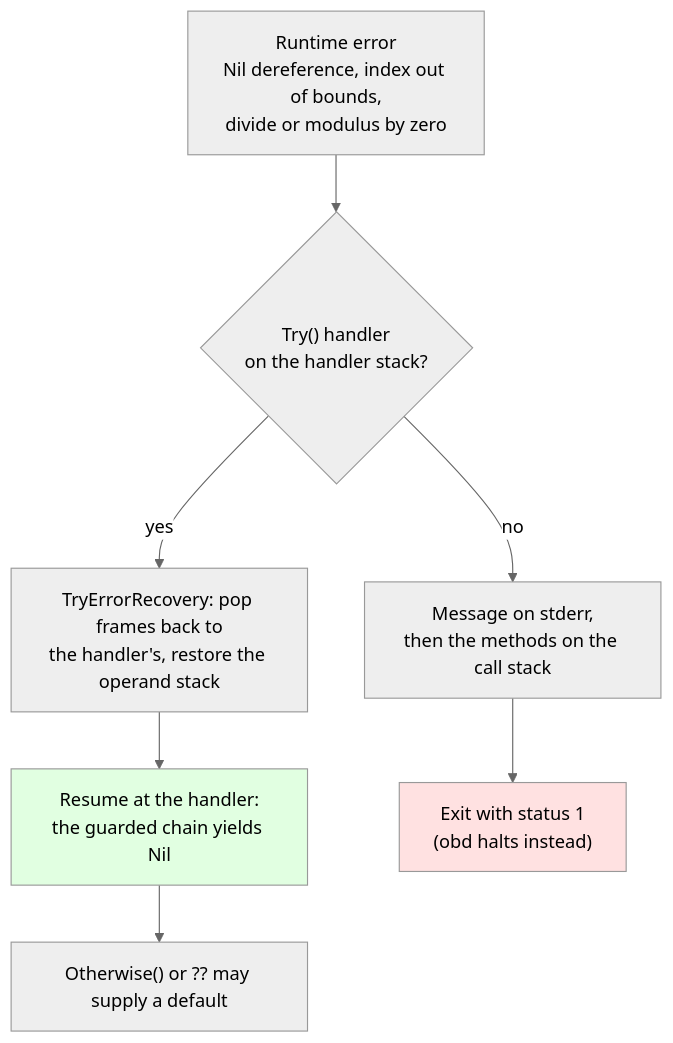
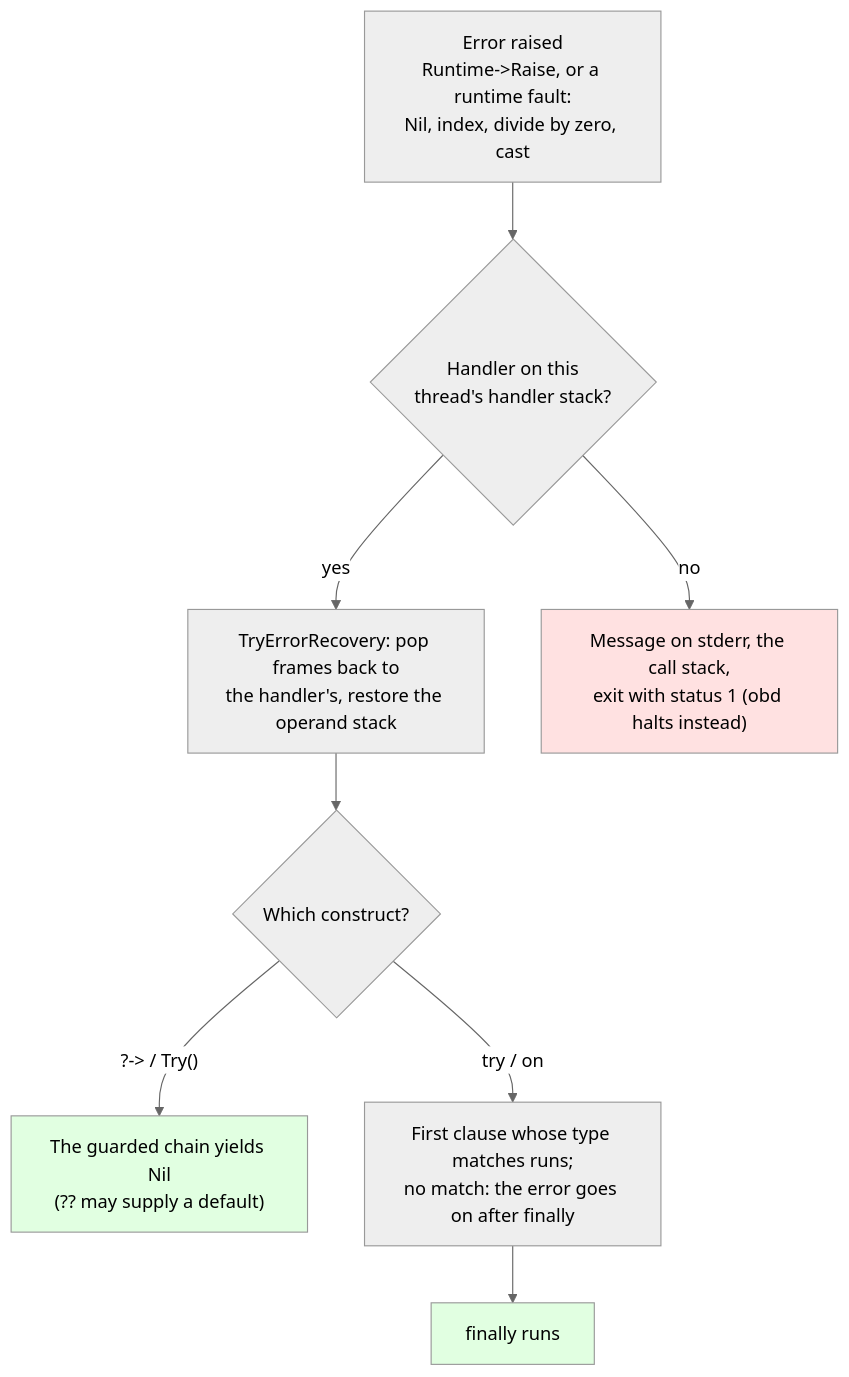
Before and after one commit to objeck/objeck-lang: diagram 24 of 24 in docs/architecture.md, drawn with Mermaid (neutral theme). The commit also changed other lines of this file and 35 other files, not shown here.

First line of the commit message:
chore: remove unused docs and assets; bring architecture.md up to date

````diff
--- a/docs/architecture.md
+++ b/docs/architecture.md
@@ -1329,12 +1280,14 @@
 ```mermaid
 flowchart TB
-    A["Runtime error<br/>Nil dereference, index out of bounds,<br/>divide or modulus by zero"] --> B{"Try() handler<br/>on the handler stack?"}
+    A["Error raised<br/>Runtime->Raise, or a runtime fault:<br/>Nil, index, divide by zero, cast"] --> B{"Handler on this<br/>thread's handler stack?"}
     B -->|yes| C["TryErrorRecovery: pop frames back to<br/>the handler's, restore the operand stack"]
-    C --> D["Resume at the handler:<br/>the guarded chain yields Nil"]
-    D --> E["Otherwise() or ?? may supply a default"]
-    B -->|no| F["Message on stderr,<br/>then the methods on the call stack"]
-    F --> G["Exit with status 1<br/>(obd halts instead)"]
+    C --> D{"Which construct?"}
+    D -->|"?-> / Try()"| E["The guarded chain yields Nil<br/>(?? may supply a default)"]
+    D -->|"try / on"| F["First clause whose type matches runs;<br/>no match: the error goes on after finally"]
+    F --> H["finally runs"]
+    B -->|no| G["Message on stderr, the call stack,<br/>exit with status 1 (obd halts instead)"]
 
-    style D fill:#e1ffe1
+    style E fill:#e1ffe1
+    style H fill:#e1ffe1
     style G fill:#ffe1e1
 ```
````
